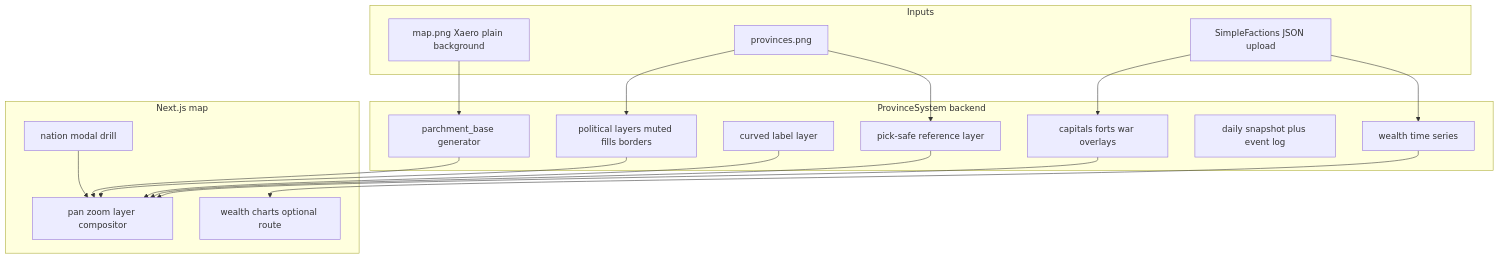
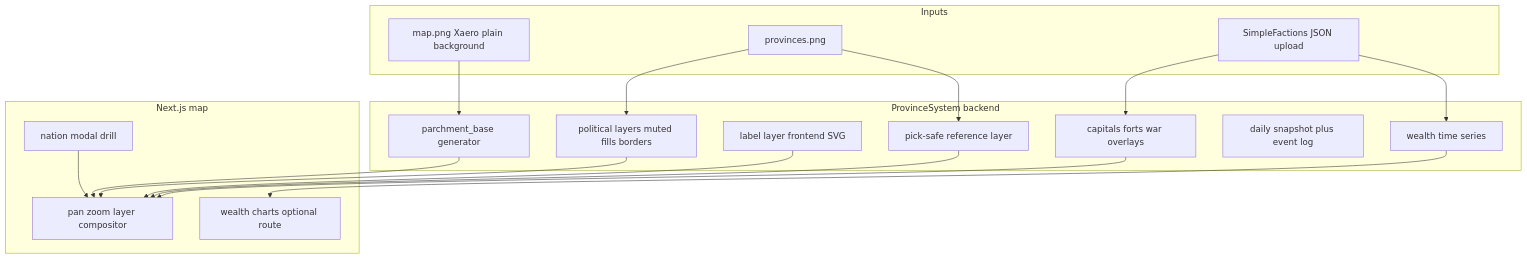
The diagram in Planning/16-map-platform.md (Drefvelin/ProvinceSystem), drawn with Mermaid before and after one commit. The commit also changed other lines of this file and 37 other files, not shown here.

````diff
--- a/Planning/16-map-platform.md
+++ b/Planning/16-map-platform.md
@@ -32,34 +32,34 @@
 ```mermaid
 flowchart TD
   subgraph inputs [Inputs]
     Xaero[map.png Xaero plain background]
     Prov[provinces.png]
     SF[SimpleFactions JSON upload]
   end
   subgraph backend [ProvinceSystem backend]
     Parch[parchment_base generator]
     Political[political layers muted fills borders]
-    Labels[curved label layer]
+    Labels[label layer frontend SVG]
     Markers[capitals forts war overlays]
     Pick[pick-safe reference layer]
     Chronicle[daily snapshot plus event log]
     Analytics[wealth time series]
   end
   subgraph frontend [Next.js map]
     Canvas[pan zoom layer compositor]
     Panel[nation modal drill]
     Charts[wealth charts optional route]
   end
   Xaero --> Parch
   Prov --> Political
   Prov --> Pick
   SF --> Markers
   SF --> Analytics
   Political --> Canvas
   Parch --> Canvas
   Labels --> Canvas
   Markers --> Canvas
   Pick --> Canvas
   Panel --> Canvas
   Analytics --> Charts
 ```
````
